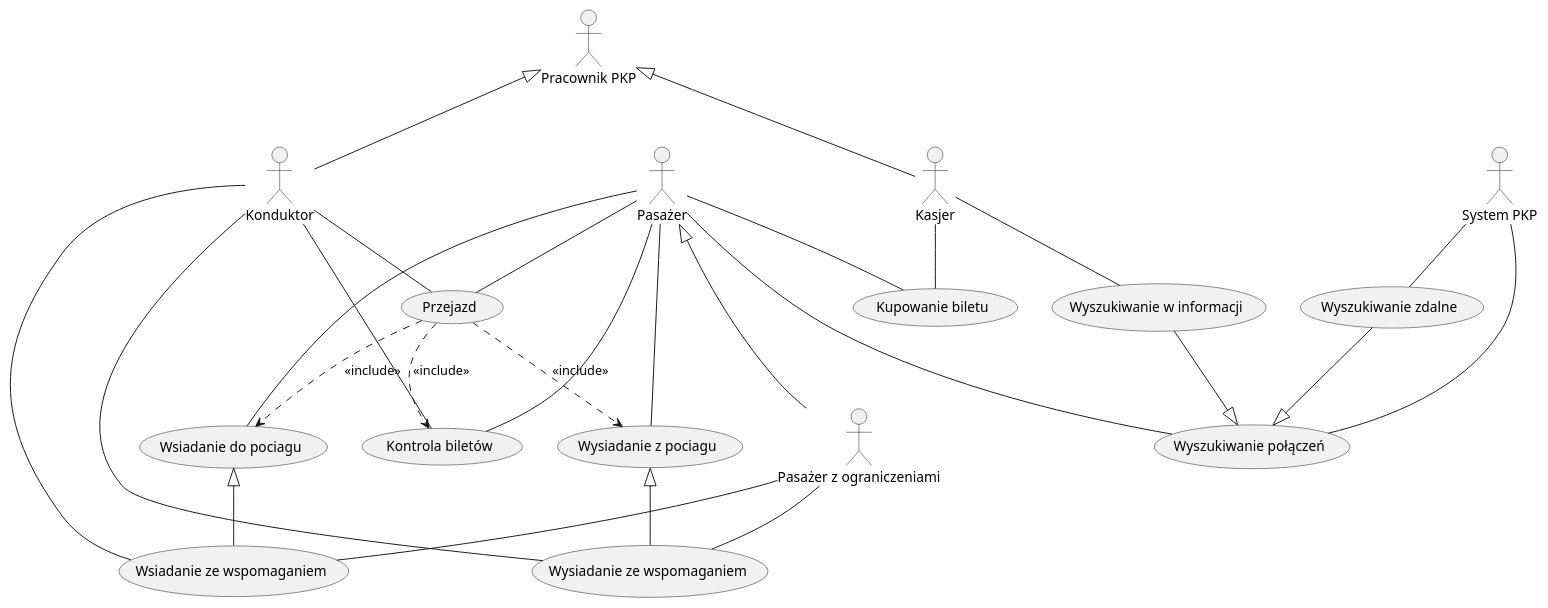
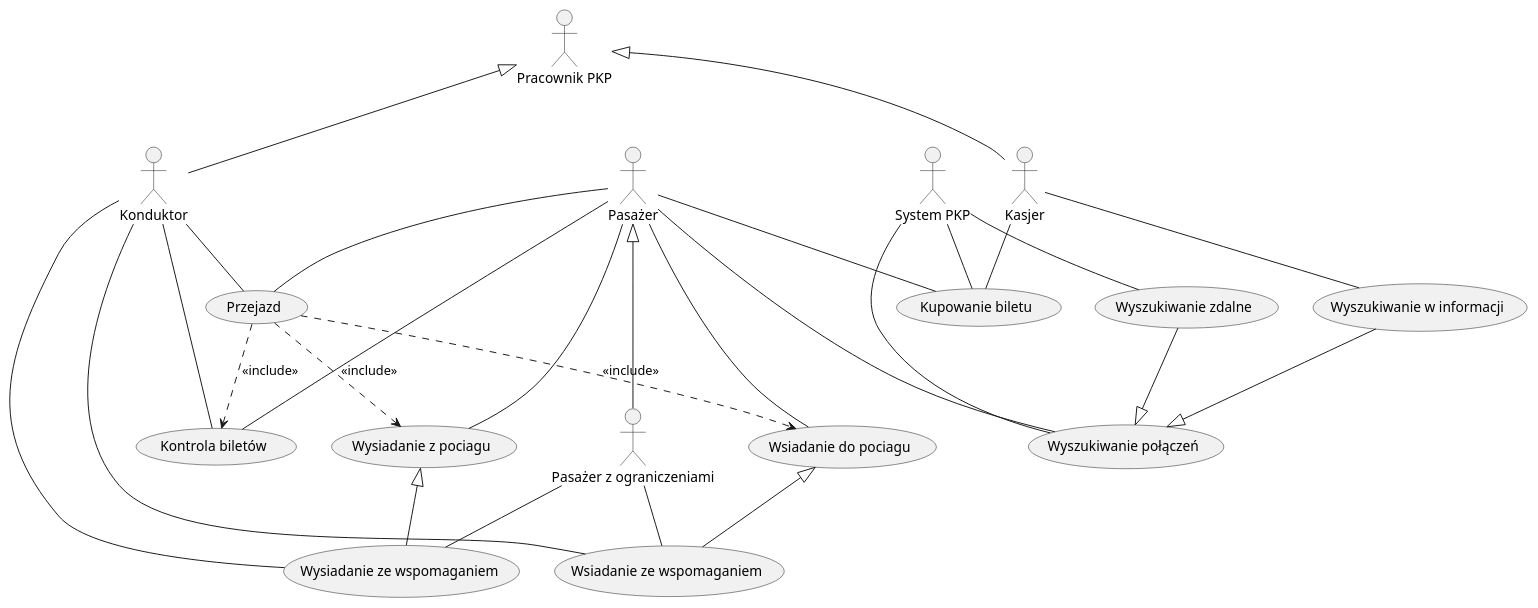
The diagram in dzienne/use_case_diagram_pkp.plantuml (kpodlaski/ProjektowanieObiektowe_2024-24), drawn with PlantUML before and after one commit. The commit also changed 2 other files, not shown here.

Commit message:
diagram klass pkp v1

```diff
--- a/dzienne/use_case_diagram_pkp.plantuml
+++ b/dzienne/use_case_diagram_pkp.plantuml
@@ -1,58 +1,59 @@
 @startuml
 
 actor "Pasażer" as Pasazer
 actor "Pasażer z ograniczeniami" as PasazerNiepelnosprawny
 actor "Pracownik PKP" as Pracownik
 actor Konduktor
 actor Kasjer
 actor "System PKP" as System
 'Inni aktorzy
 ' SOK
 ' Maszynista
 
 Konduktor -up-|> Pracownik
 Kasjer -up-|> Pracownik
 Pasazer <|-- PasazerNiepelnosprawny 
 
 usecase "Kupowanie biletu" as Zakup
 usecase "Wyszukiwanie połączeń" as Wyszukiwanie
 usecase "Wyszukiwanie w informacji" as WyszukiwanieInformacja
 usecase "Wyszukiwanie zdalne" as WyszukiwanieZdalne
 usecase Przejazd
 usecase "Wsiadanie do pociagu" as Wsiadanie
 usecase "Wsiadanie ze wspomaganiem" as WsiadanieWspomagane
 usecase "Wysiadanie z pociagu" as Wysiadanie
 usecase "Wysiadanie ze wspomaganiem" as WysiadanieWspomagane
 usecase "Kontrola biletów" as Kontrola
 
 'Inne przypadki użycia
 'Informacje o pociągach na stacji
 'Reklamacje
 
 Pasazer -- Zakup
 Pasazer -- Wyszukiwanie
 Pasazer -- Przejazd
 Pasazer -- Wsiadanie
 Pasazer -- Wysiadanie
 Pasazer -- Kontrola
 PasazerNiepelnosprawny -- WsiadanieWspomagane
 PasazerNiepelnosprawny -- WysiadanieWspomagane
 Konduktor -- Przejazd
 Konduktor -- Kontrola
 Konduktor -- WsiadanieWspomagane
 Konduktor -- WysiadanieWspomagane
 
 Kasjer -- Zakup
 Kasjer -- WyszukiwanieInformacja
 System -- WyszukiwanieZdalne
 System -- Wyszukiwanie
+System -- Zakup
 
 Przejazd ..> Wsiadanie : <<include>>
 Przejazd ..> Wysiadanie : <<include>>
 Przejazd ..> Kontrola : <<include>>
 Wsiadanie <|-- WsiadanieWspomagane
 Wysiadanie <|-- WysiadanieWspomagane
 WyszukiwanieInformacja --|> Wyszukiwanie
 WyszukiwanieZdalne --|> Wyszukiwanie
 
 @enduml
```
